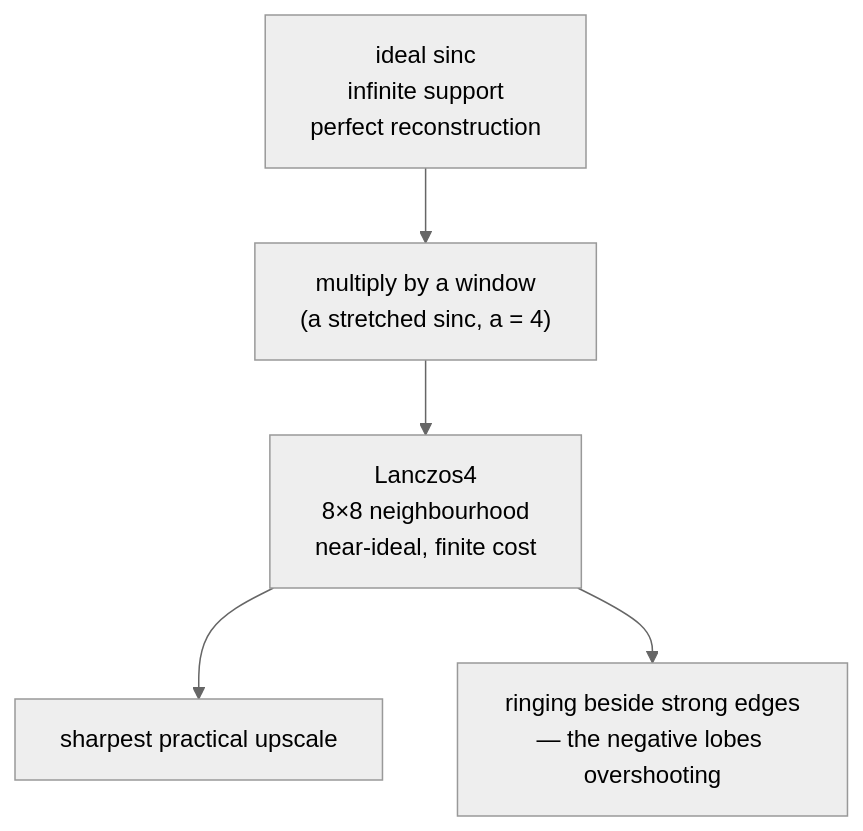
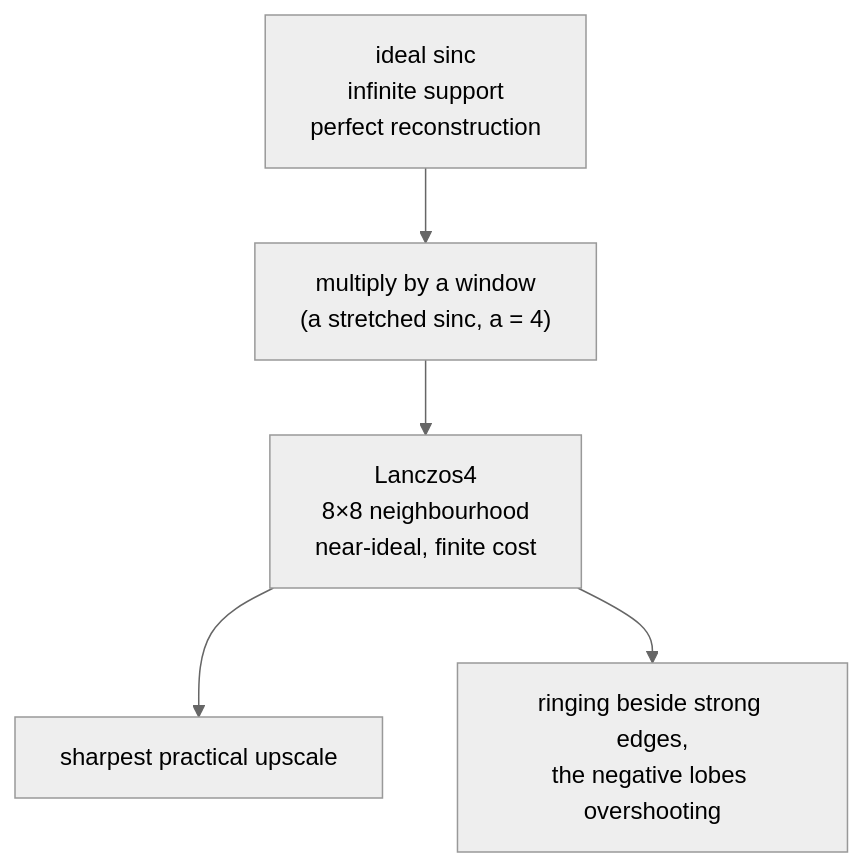
Before and after one commit to jennarbates/StratigraphyGenerator: the diagram in docs/cs/lanczos-resampling.md, drawn with Mermaid (neutral theme). The commit also changed other lines of this file and 309 other files, not shown here.

````diff
--- a/docs/cs/lanczos-resampling.md
+++ b/docs/cs/lanczos-resampling.md
@@ -40,8 +40,8 @@
 ```mermaid
 flowchart TB
   Ideal["ideal sinc<br/>infinite support<br/>perfect reconstruction"]
   Ideal --> W["multiply by a window<br/>(a stretched sinc, a = 4)"]
   W --> L["Lanczos4<br/>8×8 neighbourhood<br/>near-ideal, finite cost"]
   L --> Good["sharpest practical upscale"]
-  L --> Bad["ringing beside strong edges<br/>— the negative lobes overshooting"]
+  L --> Bad["ringing beside strong edges,<br/>the negative lobes overshooting"]
 ```
````
